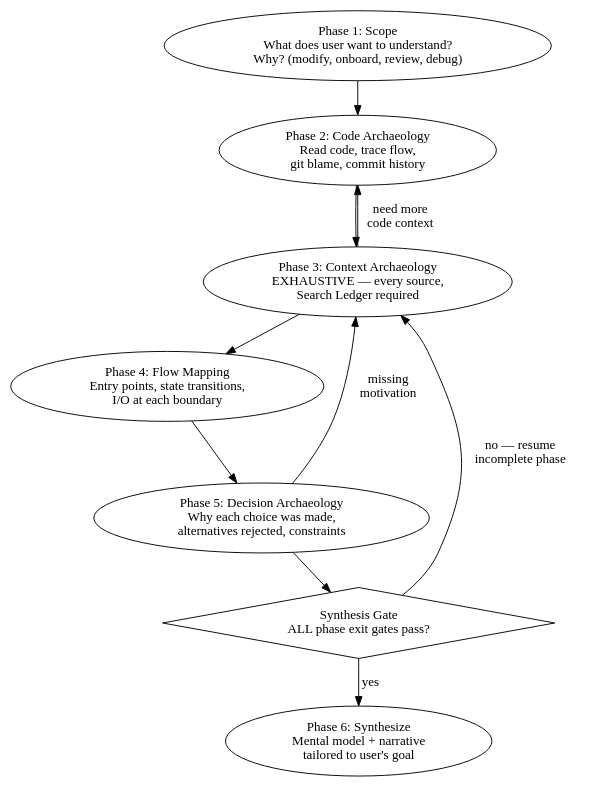
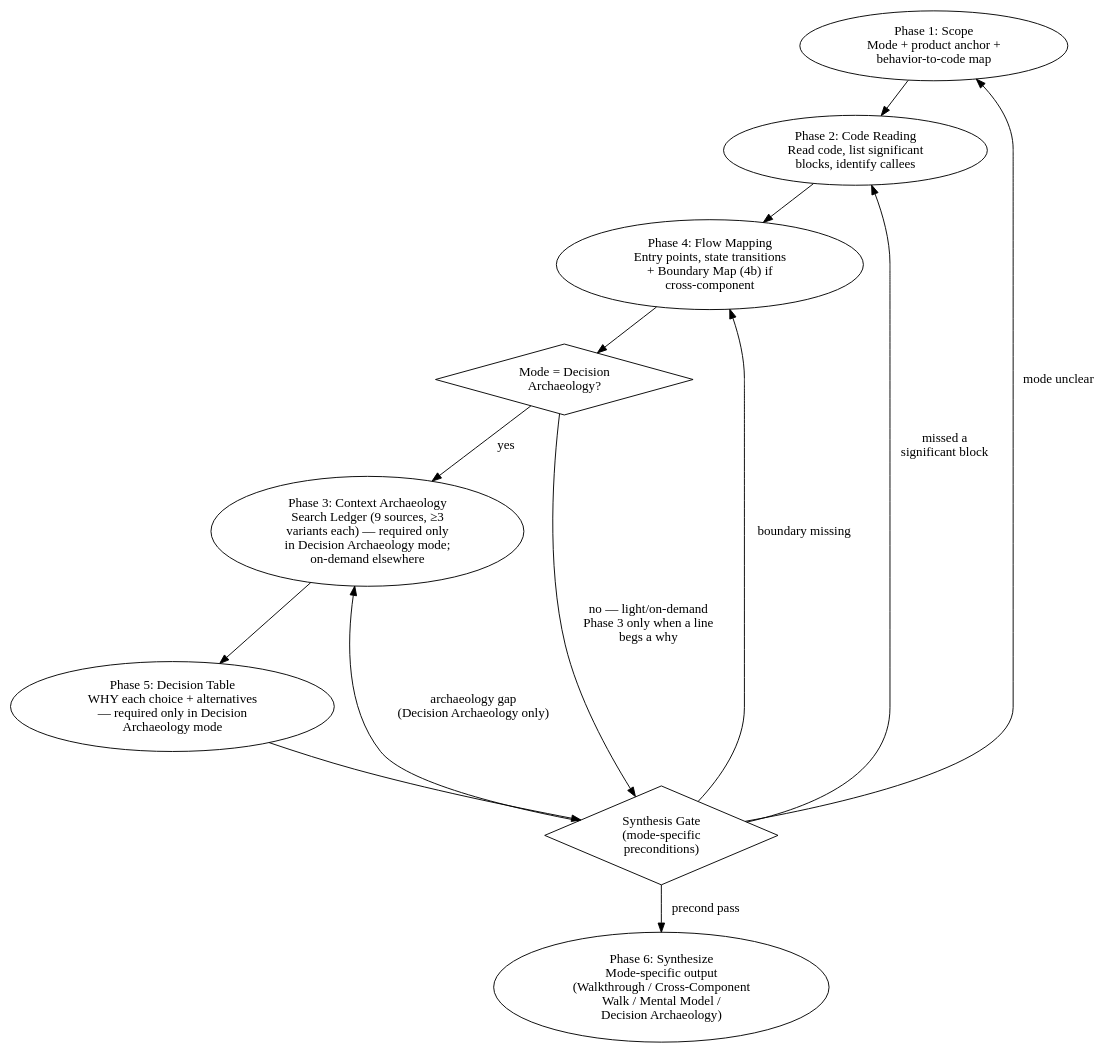
The diagram in deep-understand/SKILL.md (leductoan3082004/biot-awesome-skills), drawn with Graphviz before and after one commit. The commit also changed other lines of this file and 1 other file, not shown here.

````diff
--- a/deep-understand/SKILL.md
+++ b/deep-understand/SKILL.md
@@ -24,18 +46,23 @@
 ```dot
 digraph flow {
     rankdir=TB;
-    scope [label="Phase 1: Scope\nWhat does user want to understand?\nWhy? (modify, onboard, review, debug)"];
-    code [label="Phase 2: Code Archaeology\nRead code, trace flow,\ngit blame, commit history"];
-    context [label="Phase 3: Context Archaeology\nEXHAUSTIVE — every source,\nSearch Ledger required"];
-    flow [label="Phase 4: Flow Mapping\nEntry points, state transitions,\nI/O at each boundary"];
-    decisions [label="Phase 5: Decision Archaeology\nWhy each choice was made,\nalternatives rejected, constraints"];
-    gate [label="Synthesis Gate\nALL phase exit gates pass?", shape=diamond];
-    synthesize [label="Phase 6: Synthesize\nMental model + narrative\ntailored to user's goal"];
+    scope [label="Phase 1: Scope\nMode + product anchor +\nbehavior-to-code map"];
+    code [label="Phase 2: Code Reading\nRead code, list significant\nblocks, identify callees"];
+    flow [label="Phase 4: Flow Mapping\nEntry points, state transitions\n+ Boundary Map (4b) if\ncross-component"];
+    mode_q [label="Mode = Decision\nArchaeology?", shape=diamond];
+    context [label="Phase 3: Context Archaeology\nSearch Ledger (9 sources, ≥3\nvariants each) — required only\nin Decision Archaeology mode;\non-demand elsewhere"];
+    decisions [label="Phase 5: Decision Table\nWHY each choice + alternatives\n— required only in Decision\nArchaeology mode"];
+    gate [label="Synthesis Gate\n(mode-specific\npreconditions)", shape=diamond];
+    synthesize [label="Phase 6: Synthesize\nMode-specific output\n(Walkthrough / Cross-Component\nWalk / Mental Model /\nDecision Archaeology)"];
 
-    scope -> code -> context -> flow -> decisions -> gate;
-    gate -> synthesize [label="yes"];
-    gate -> context [label="no — resume\nincomplete phase"];
-    context -> code [label="need more\ncode context"];
-    decisions -> context [label="missing\nmotivation"];
+    scope -> code -> flow -> mode_q;
+    mode_q -> context [label="yes"];
+    mode_q -> gate [label="no — light/on-demand\nPhase 3 only when a line\nbegs a why"];
+    context -> decisions -> gate;
+    gate -> synthesize [label="precond pass"];
+    gate -> scope [label="mode unclear"];
+    gate -> code [label="missed a\nsignificant block"];
+    gate -> flow [label="boundary missing"];
+    gate -> context [label="archaeology gap\n(Decision Archaeology only)"];
 }
 ```
````
